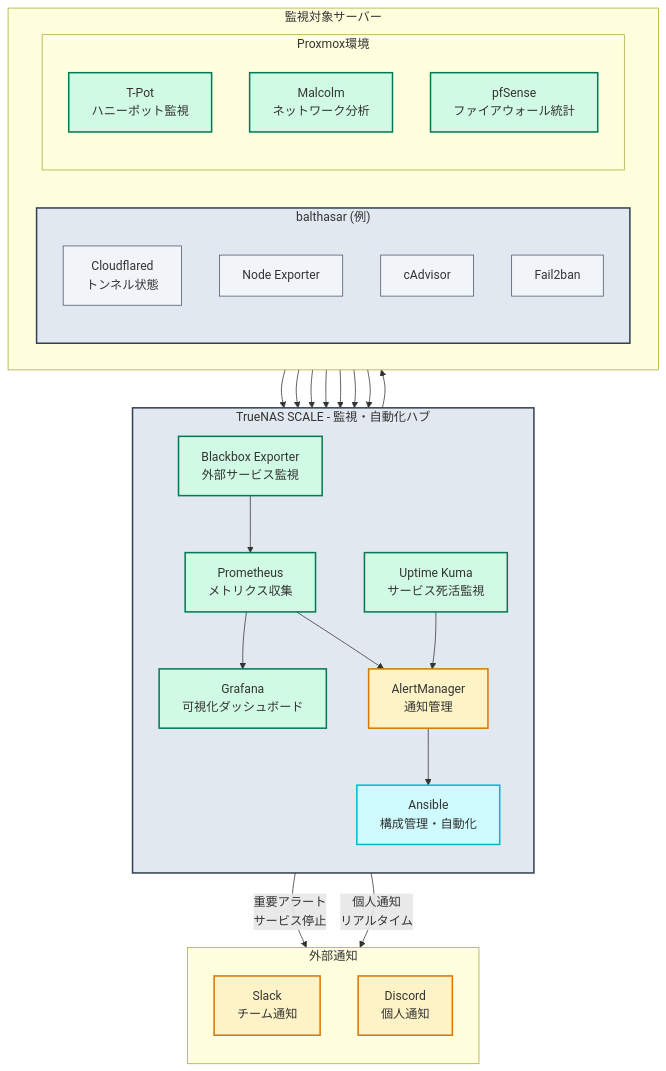
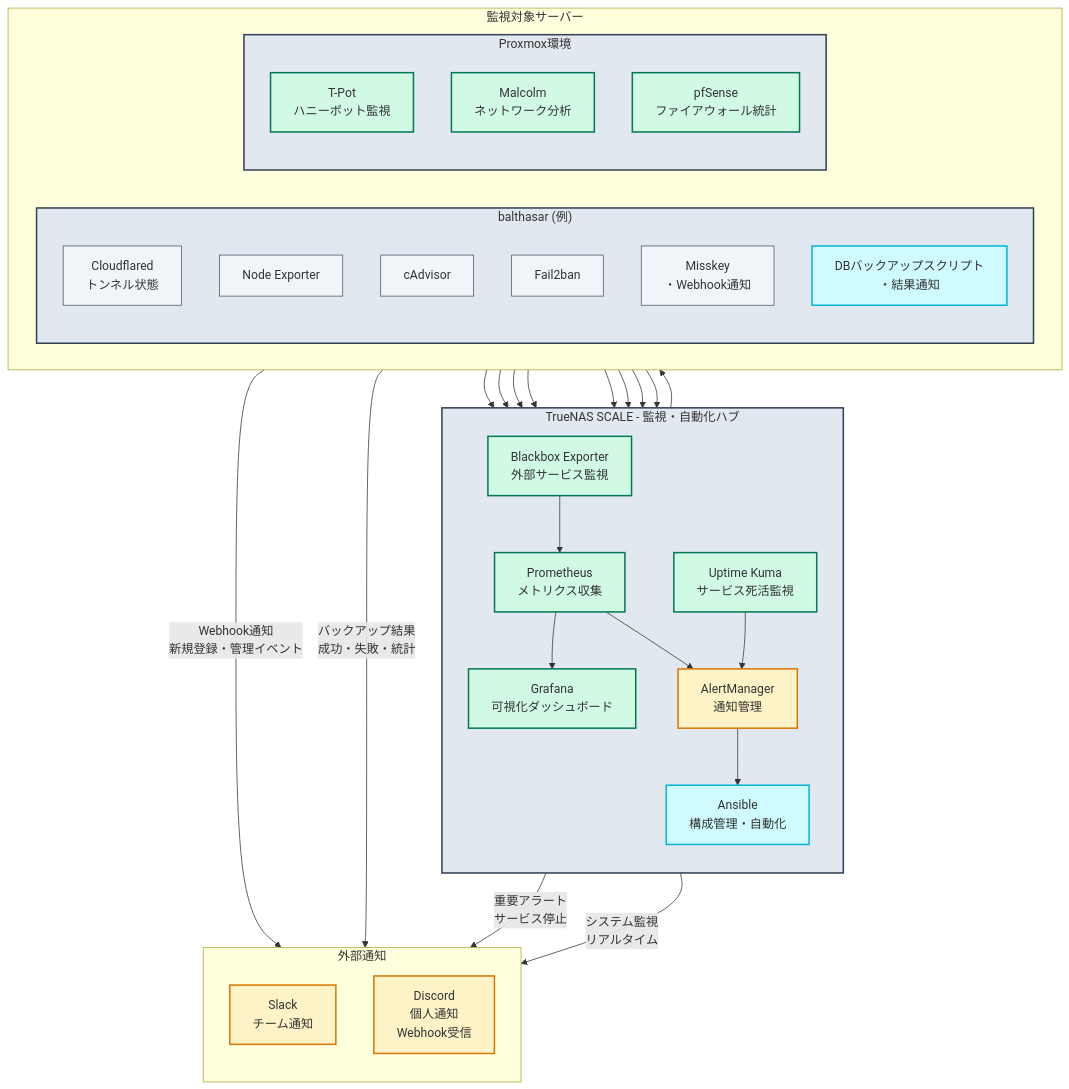
The third of 5 diagrams in README.md (yamisskey-dev/hosted-list), drawn with Mermaid before and after one commit.

````diff
--- a/README.md
+++ b/README.md
@@ -218,7 +218,7 @@
     subgraph notifications["外部通知"]
         direction TB
         slack["Slack<br/>チーム通知"]:::alert
-        discord["Discord<br/>個人通知"]:::alert
+        discord["Discord<br/>個人通知<br/>Webhook受信"]:::alert
     end
 
     %% Monitored Servers
@@ -231,6 +231,8 @@
             node_exporter_b["Node Exporter"]:::common
             cadvisor_b["cAdvisor"]:::common
             fail2ban_b["Fail2ban"]:::common
+            misskey_app["Misskey<br/>・Webhook通知"]:::common
+            db_backup_script["DBバックアップスクリプト<br/>・結果通知"]:::automation
         end
         
         subgraph proxmox["Proxmox環境"]
@@ -241,17 +243,17 @@
         end
     end
 
-    %% Data Flow
+    %% Monitoring Data Flow
     cloudflared_b --> prometheus
     node_exporter_b --> prometheus
     cadvisor_b --> prometheus
     fail2ban_b --> prometheus
+    misskey_app --> prometheus
     
     tpot --> prometheus
     malcolm --> prometheus
     pfsense --> prometheus
     
-    %% Blackbox Exporter monitoring external services
     blackbox_exporter --> prometheus
 
     %% Monitoring Integration
@@ -259,9 +261,13 @@
     prometheus --> alert_manager
     uptime_kuma --> alert_manager
 
-    %% Notification Flow
+    %% AlertManager Notifications
     alert_manager -->|"重要アラート<br/>サービス停止"| slack
-    alert_manager -->|"個人通知<br/>リアルタイム"| discord
+    alert_manager -->|"システム監視<br/>リアルタイム"| discord
+
+    %% Application Notifications
+    misskey_app -->|"Webhook通知<br/>新規登録・管理イベント"| discord
+    db_backup_script -->|"バックアップ結果<br/>成功・失敗・統計"| discord
 
     %% Automation Flow
     alert_manager --> ansible
@@ -269,5 +275,5 @@
 
     %% Apply styles
     class truenas homeServer
-    class balthasar,caspar,rpi homeServer
+    class balthasar,proxmox homeServer
 ```
````
